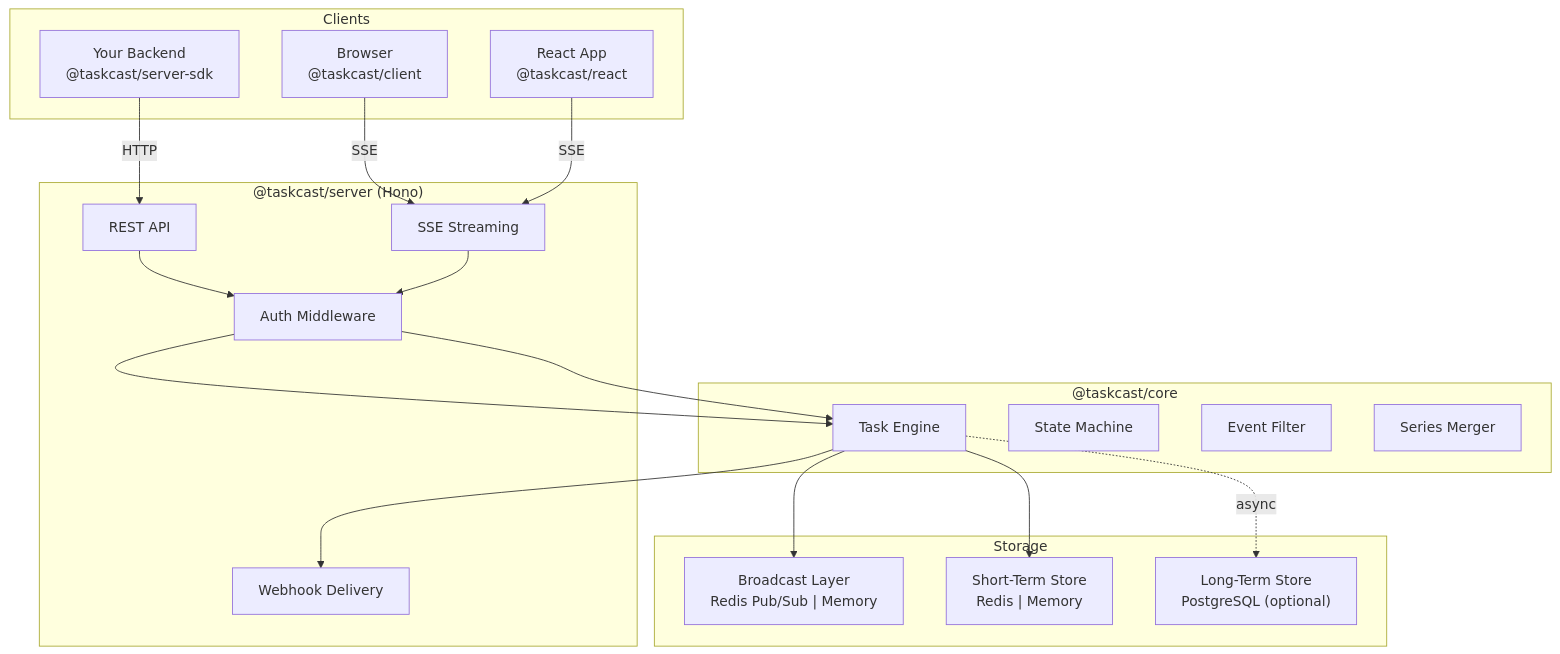
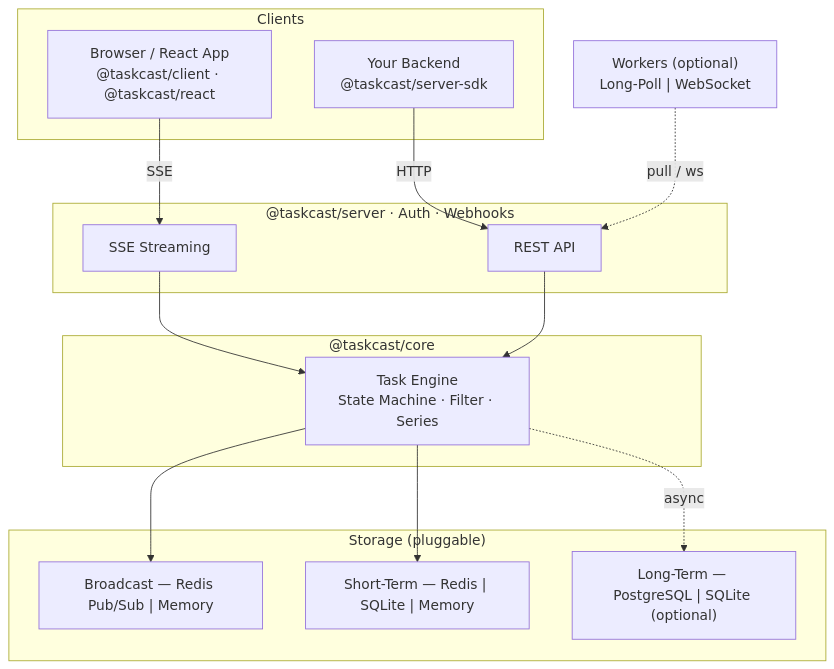
One commit to weightwave/taskcast changed the first of 2 diagrams in README.md. Above: the diagram before and after it, drawn with Mermaid. The commit also changed other lines of this file and 48 other files, not shown here.

````diff
--- a/README.md
+++ b/README.md
@@ -32,40 +34,33 @@
 ```mermaid
 graph TB
     subgraph Clients
-        Browser["Browser<br/>@taskcast/client"]
-        ReactApp["React App<br/>@taskcast/react"]
+        Browser["Browser / React App<br/>@taskcast/client · @taskcast/react"]
         Backend["Your Backend<br/>@taskcast/server-sdk"]
     end
 
-    subgraph Server["@taskcast/server (Hono)"]
+    Workers["Workers (optional)<br/>Long-Poll | WebSocket"]
+
+    subgraph Server["@taskcast/server · Auth · Webhooks"]
         REST["REST API"]
         SSE["SSE Streaming"]
-        Auth["Auth Middleware"]
-        Webhook["Webhook Delivery"]
     end
 
-    subgraph Engine["@taskcast/core"]
-        TaskEngine["Task Engine"]
-        StateMachine["State Machine"]
-        Filter["Event Filter"]
-        Series["Series Merger"]
+    subgraph Core["@taskcast/core"]
+        Engine["Task Engine<br/>State Machine · Filter · Series"]
     end
 
-    subgraph Storage
-        Broadcast["Broadcast Layer<br/>Redis Pub/Sub | Memory"]
-        ShortTerm["Short-Term Store<br/>Redis | Memory"]
-        LongTerm["Long-Term Store<br/>PostgreSQL (optional)"]
+    subgraph Storage["Storage (pluggable)"]
+        Broadcast["Broadcast — Redis Pub/Sub | Memory"]
+        ShortTerm["Short-Term — Redis | SQLite | Memory"]
+        LongTerm["Long-Term — PostgreSQL | SQLite (optional)"]
     end
 
     Browser -->|SSE| SSE
-    ReactApp -->|SSE| SSE
     Backend -->|HTTP| REST
-
-    REST --> Auth --> TaskEngine
-    SSE --> Auth --> TaskEngine
-
-    TaskEngine --> Broadcast
-    TaskEngine --> ShortTerm
-    TaskEngine -.->|async| LongTerm
-    TaskEngine --> Webhook
+    Workers -.->|pull / ws| REST
+    REST --> Engine
+    SSE --> Engine
+    Engine --> Broadcast
+    Engine --> ShortTerm
+    Engine -.->|async| LongTerm
 ```
````
